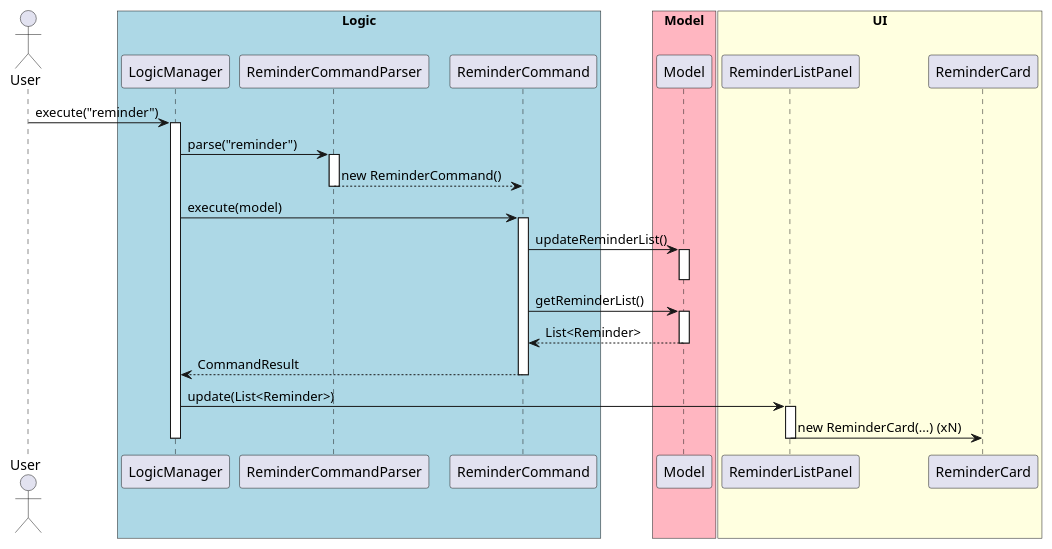
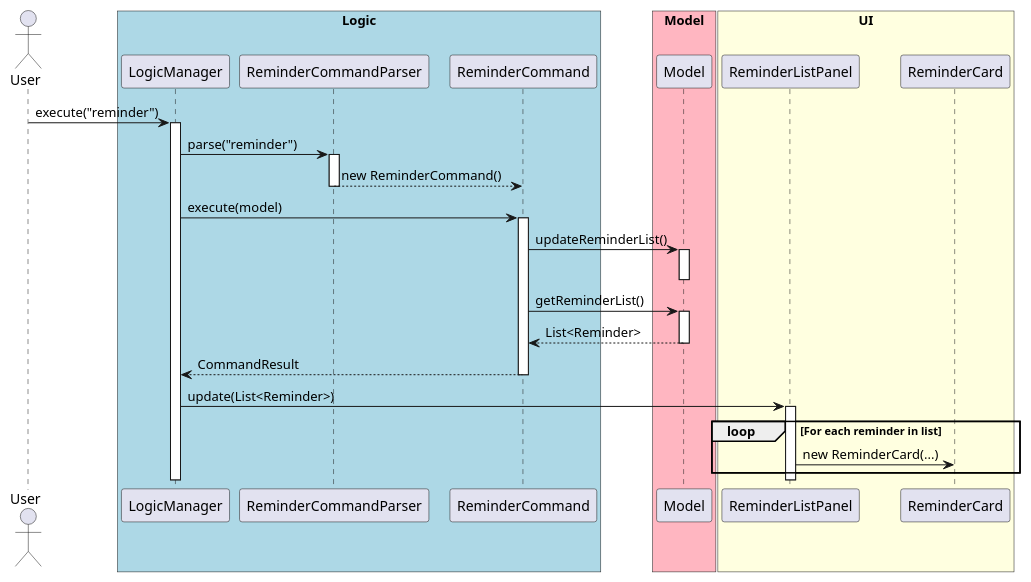
The diagram in docs/diagrams/ReminderSequence.puml (kimseunghyun-kr/tp), drawn with PlantUML before and after one commit. The commit also changed 4 other files, not shown here.

```diff
--- a/docs/diagrams/ReminderSequence.puml
+++ b/docs/diagrams/ReminderSequence.puml
@@ -1,51 +1,53 @@
 @startuml
 actor User
 
 ' === Group by architectural layer using AB3-style boxes ===
 
 box "Logic" #LightBlue
 participant LogicManager
 participant ReminderCommandParser
 participant ReminderCommand
 end box
 
 box "Model" #LightPink
 participant Model
 end box
 
 box "UI" #LightYellow
 participant ReminderListPanel
 participant ReminderCard
 end box
 
 User -> LogicManager : execute("reminder")
 activate LogicManager
 
 LogicManager -> ReminderCommandParser : parse("reminder")
 activate ReminderCommandParser
 ReminderCommandParser --> ReminderCommand : new ReminderCommand()
 deactivate ReminderCommandParser
 
 LogicManager -> ReminderCommand : execute(model)
 activate ReminderCommand
 
 ReminderCommand -> Model : updateReminderList()
 activate Model
 deactivate Model
 
 ReminderCommand -> Model : getReminderList()
 activate Model
 Model --> ReminderCommand : List<Reminder>
 deactivate Model
 
 ReminderCommand --> LogicManager : CommandResult
 deactivate ReminderCommand
 
 LogicManager -> ReminderListPanel : update(List<Reminder>)
 activate ReminderListPanel
 
-ReminderListPanel -> ReminderCard : new ReminderCard(...) (xN)
+loop For each reminder in list
+  ReminderListPanel -> ReminderCard : new ReminderCard(...)
+end
 deactivate ReminderListPanel
 
 deactivate LogicManager
 @enduml
```
